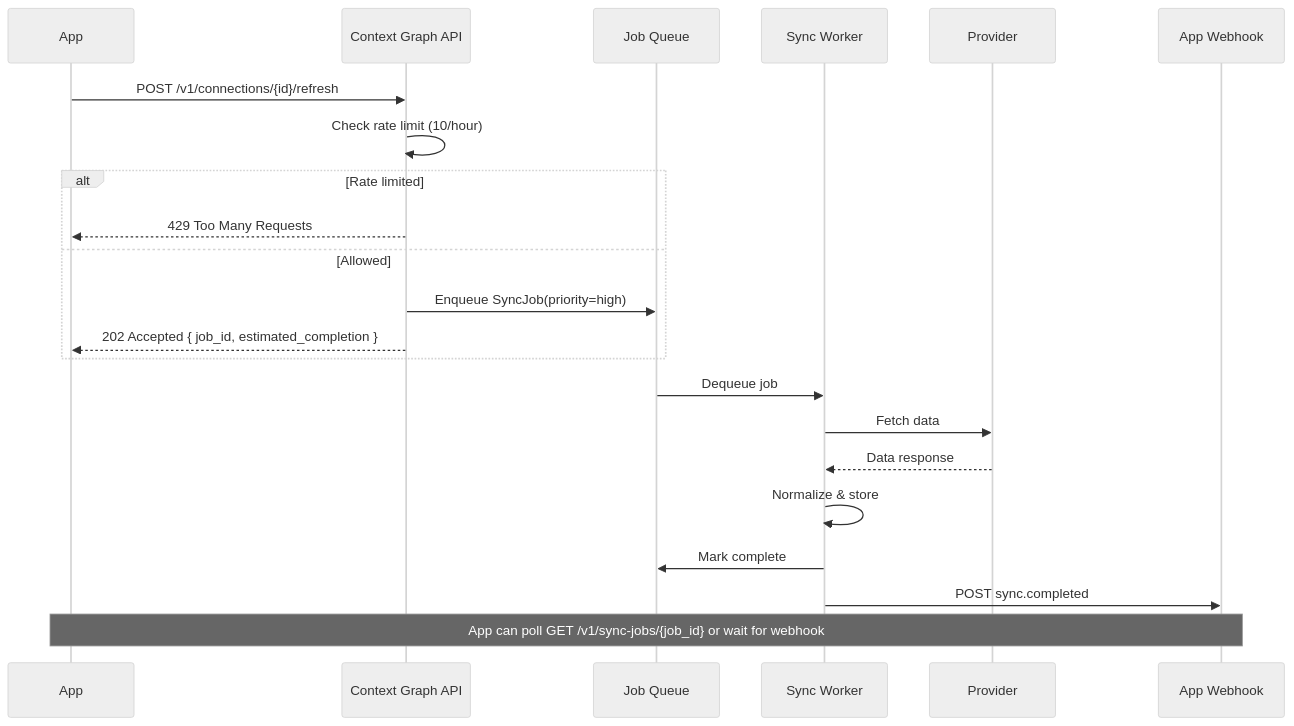
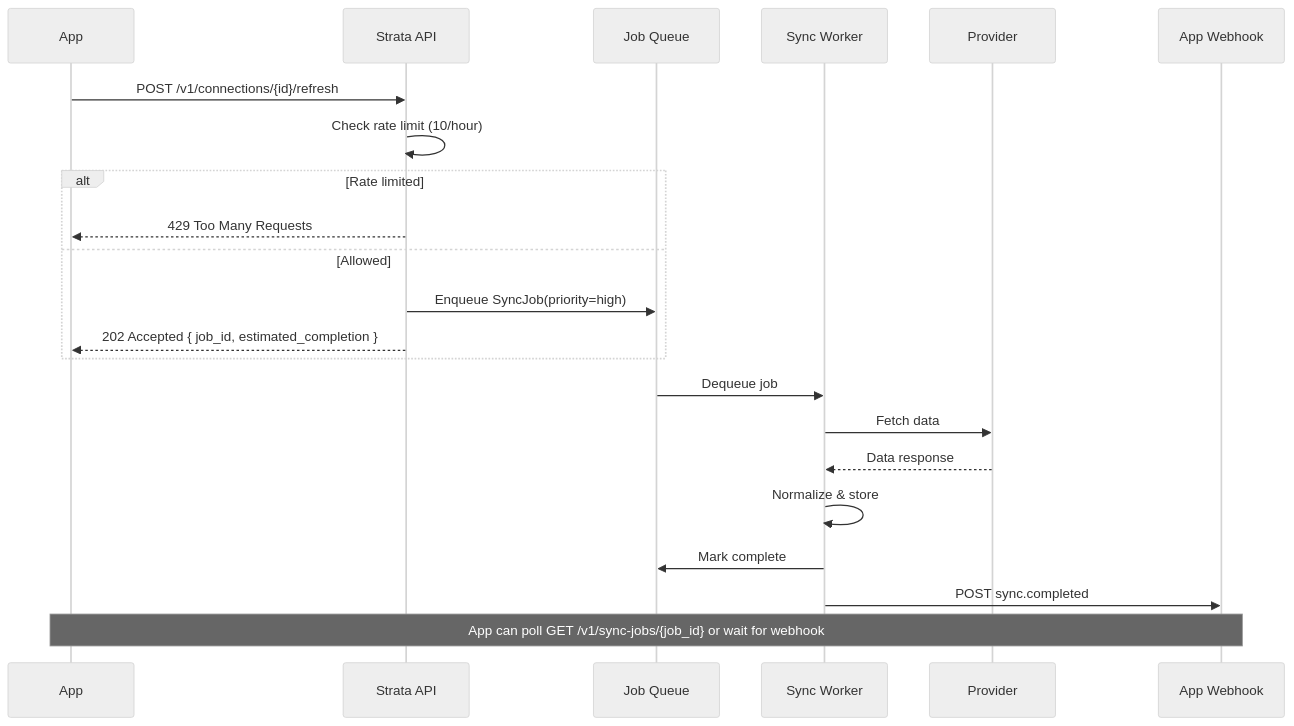
Before and after one commit to alexchaomander/ClearMoney: the first of 2 diagrams in docs/platform/sync-and-freshness.md, drawn with Mermaid (neutral theme). The commit also changed other lines of this file and 19 other files, not shown here.

First line of the commit message:
Rebrand Context Graph to Strata and add MVP implementation spec

````diff
--- a/docs/platform/sync-and-freshness.md
+++ b/docs/platform/sync-and-freshness.md
@@ -101,27 +101,27 @@
 ```mermaid
 sequenceDiagram
     participant App
-    participant API as Context Graph API
+    participant API as Strata API
     participant Queue as Job Queue
     participant Worker as Sync Worker
     participant Provider
     participant Webhook as App Webhook
 
     App->>API: POST /v1/connections/{id}/refresh
     API->>API: Check rate limit (10/hour)
     alt Rate limited
         API-->>App: 429 Too Many Requests
     else Allowed
         API->>Queue: Enqueue SyncJob(priority=high)
         API-->>App: 202 Accepted { job_id, estimated_completion }
     end
 
     Queue->>Worker: Dequeue job
     Worker->>Provider: Fetch data
     Provider-->>Worker: Data response
     Worker->>Worker: Normalize & store
     Worker->>Queue: Mark complete
     Worker->>Webhook: POST sync.completed
 
     Note over App,Webhook: App can poll GET /v1/sync-jobs/{job_id} or wait for webhook
 ```
````
